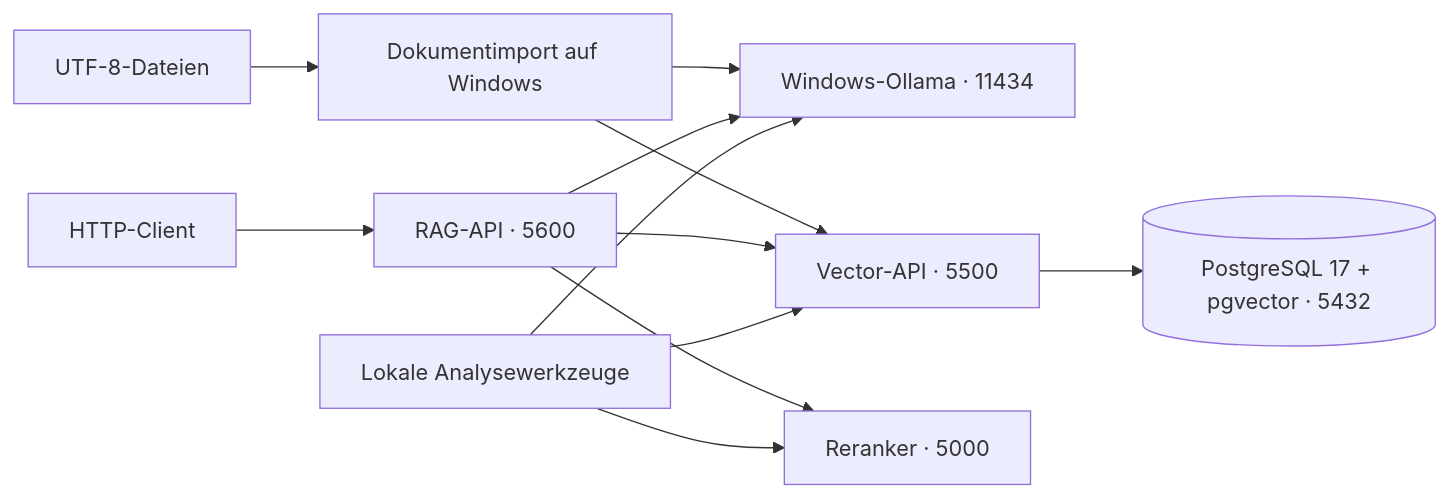
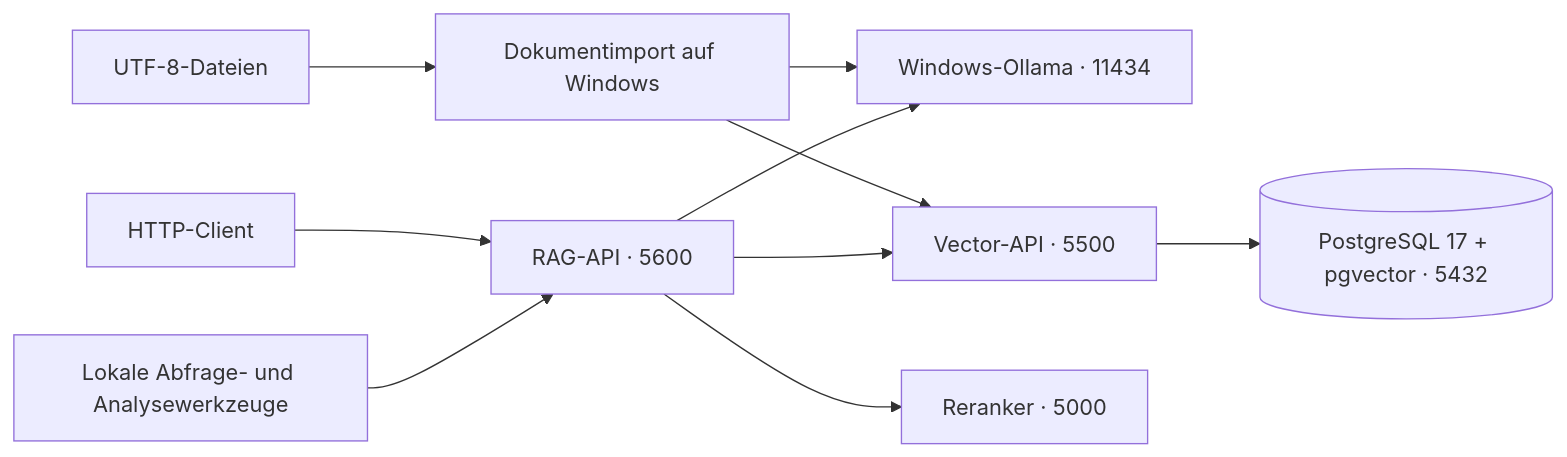
The diagram in docs/5-bausteinsicht.md (WolfgangNiebuhr/roemerrag), drawn with Mermaid before and after one commit. The commit also changed other lines of this file and 4 other files, not shown here.

````diff
--- a/docs/5-bausteinsicht.md
+++ b/docs/5-bausteinsicht.md
@@ -34,14 +34,12 @@
 ```mermaid
 flowchart LR
     client[HTTP-Client] --> rag[RAG-API · 5600]
     files[UTF-8-Dateien] --> ingest[Dokumentimport auf Windows]
     ingest --> ollama[Windows-Ollama · 11434]
     ingest --> vector[Vector-API · 5500]
     rag --> ollama
     rag --> vector
-    rag --> rerank
+    rag --> rerank[Reranker · 5000]
     vector --> db[(PostgreSQL 17 + pgvector · 5432)]
-    tools[Lokale Analysewerkzeuge] --> ollama
-    tools --> vector
-    tools --> rerank[Reranker · 5000]
+    tools[Lokale Abfrage- und Analysewerkzeuge] --> rag
 ```
````
